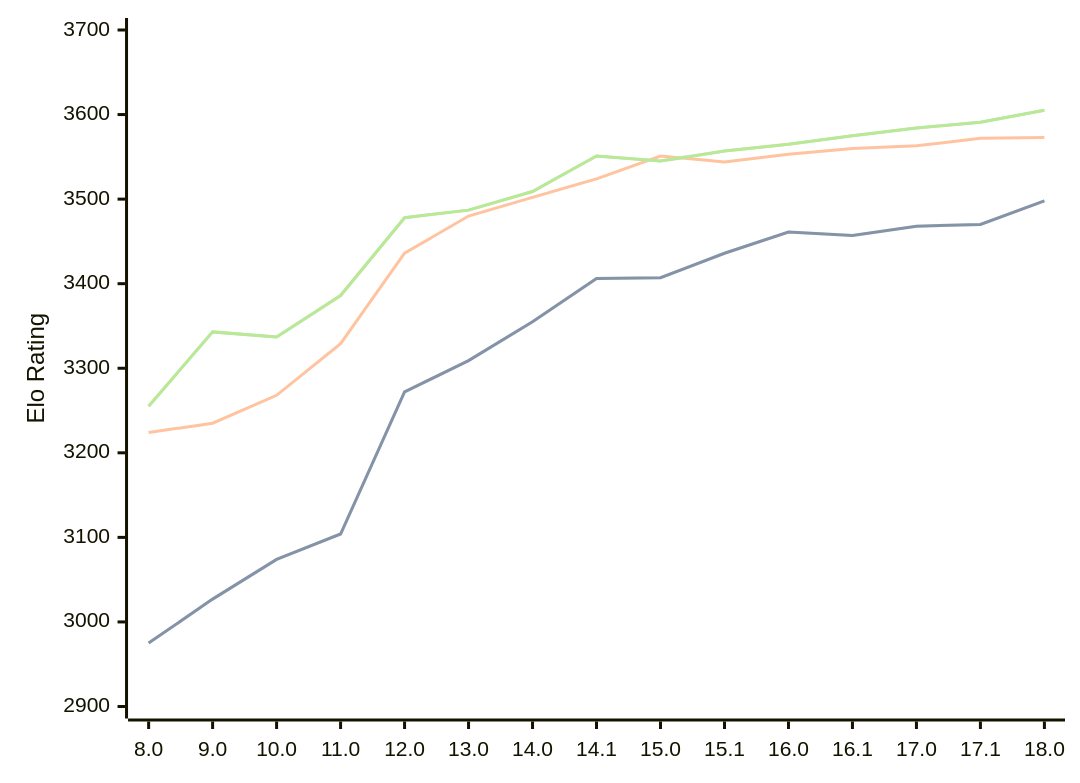
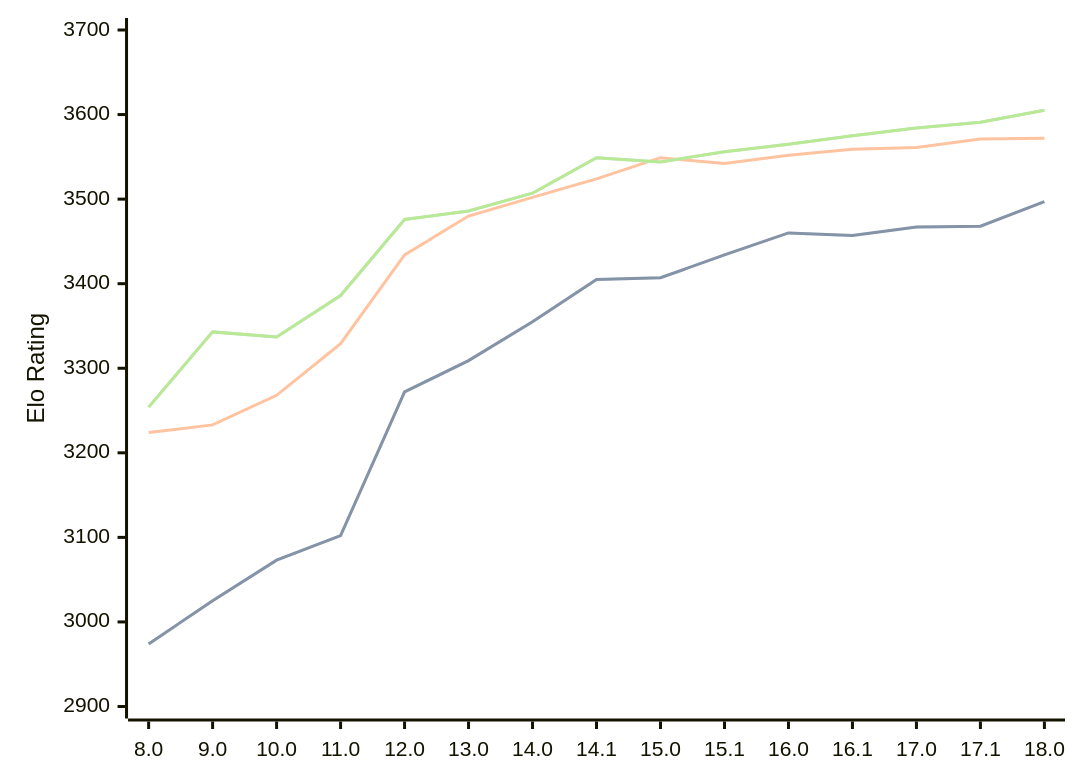
The first of 3 diagrams in engines/Stockfish.md (computer-chess-index/cci), drawn with Mermaid before and after one commit. The commit also changed other lines of this file, not shown here.

Commit message:
Update CCI Ratings (ELO VLTC) - 2026-06-27

````diff
--- a/engines/Stockfish.md
+++ b/engines/Stockfish.md
@@ -46,11 +46,11 @@
 ```mermaid
 %%{init: {"theme":"base","themeVariables":{"seriesColors:['#a3a3a3','#222221','#faa371']}}}%%
 xychart-beta
   x-axis ["8.0", "9.0", "10.0", "11.0", "12.0", "13.0", "14.0", "14.1", "15.0", "15.1", "16.0", "16.1", "17.0", "17.1", "18.0"]
   y-axis "Elo Rating" 2900 --> 3700
-  line "STC (8.0+0.08s)" [2975, 3027, 3074, 3104, 3272, 3309, 3355, 3406, 3407, 3436, 3461, 3457, 3468, 3470, 3498]
-  line "STC (8.0+0.08s)" [2975, 3027, 3074, 3104, 3272, 3309, 3355, 3406, 3407, 3436, 3461, 3457, 3468, 3470, 3498]
-  line "LTC (60.0+0.60s)" [3224, 3235, 3268, 3329, 3436, 3480, 3502, 3524, 3551, 3544, 3553, 3560, 3563, 3572, 3573]
-  line "VLTC (2m24s+1.12s)" [3255, 3343, 3337, 3386, 3478, 3487, 3509, 3551, 3545, 3557, 3565, 3575, 3584, 3591, 3605]
-  line "VLTC (2m24s+1.12s)" [3255, 3343, 3337, 3386, 3478, 3487, 3509, 3551, 3545, 3557, 3565, 3575, 3584, 3591, 3605]
+  line "STC (8.0+0.08s)" [2974, 3025, 3073, 3102, 3272, 3309, 3355, 3405, 3407, 3434, 3460, 3457, 3467, 3468, 3497]
+  line "STC (8.0+0.08s)" [2974, 3025, 3073, 3102, 3272, 3309, 3355, 3405, 3407, 3434, 3460, 3457, 3467, 3468, 3497]
+  line "LTC (60.0+0.60s)" [3224, 3233, 3268, 3329, 3434, 3480, 3502, 3524, 3549, 3542, 3552, 3559, 3561, 3571, 3572]
+  line "VLTC (2m24s+1.12s)" [3254, 3343, 3337, 3386, 3476, 3486, 3507, 3549, 3544, 3556, 3565, 3575, 3584, 3591, 3605]
+  line "VLTC (2m24s+1.12s)" [3254, 3343, 3337, 3386, 3476, 3486, 3507, 3549, 3544, 3556, 3565, 3575, 3584, 3591, 3605]
 ```
````
